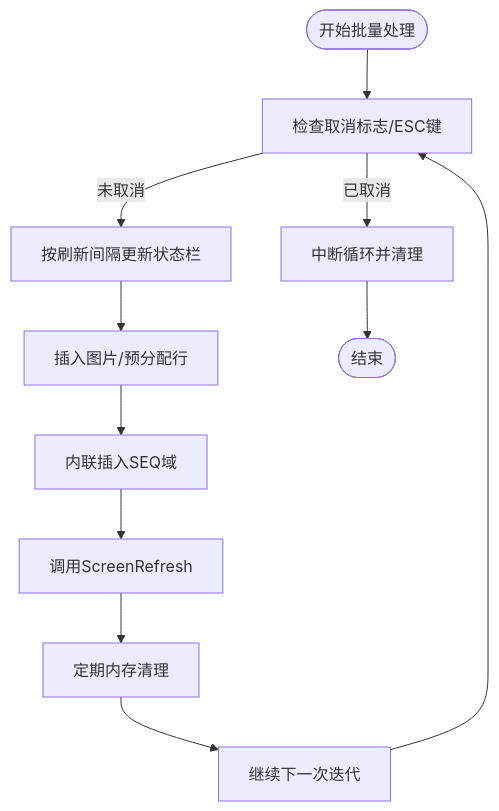
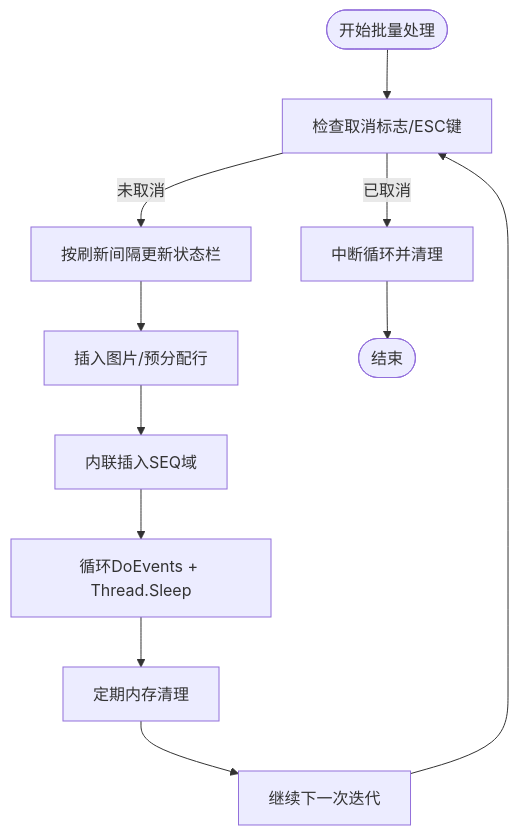
Before and after one commit to rainiva/WordTools: the fifth of 8 diagrams in .qoder/repowiki/zh/content/服务层/进度服务.md, drawn with Mermaid. The commit also changed other lines of this file and 5 other files, not shown here.

````diff
--- a/.qoder/repowiki/zh/content/服务层/进度服务.md
+++ b/.qoder/repowiki/zh/content/服务层/进度服务.md
@@ -268,13 +269,13 @@
 ```mermaid
 flowchart TD
 Start(["开始批量处理"]) --> CheckCancel["检查取消标志/ESC键"]
 CheckCancel --> |已取消| Abort["中断循环并清理"]
 CheckCancel --> |未取消| UpdateProgress["按刷新间隔更新状态栏"]
 UpdateProgress --> InsertImage["插入图片/预分配行"]
 InsertImage --> InsertSeqField["内联插入SEQ域"]
-InsertSeqField --> ScreenRefresh["调用ScreenRefresh"]
-ScreenRefresh --> MemoryCleanup["定期内存清理"]
+InsertSeqField --> LoopDoEvents["循环DoEvents + Thread.Sleep"]
+LoopDoEvents --> MemoryCleanup["定期内存清理"]
 MemoryCleanup --> NextIter["继续下一次迭代"]
 NextIter --> CheckCancel
 Abort --> End(["结束"])
 ```
````
